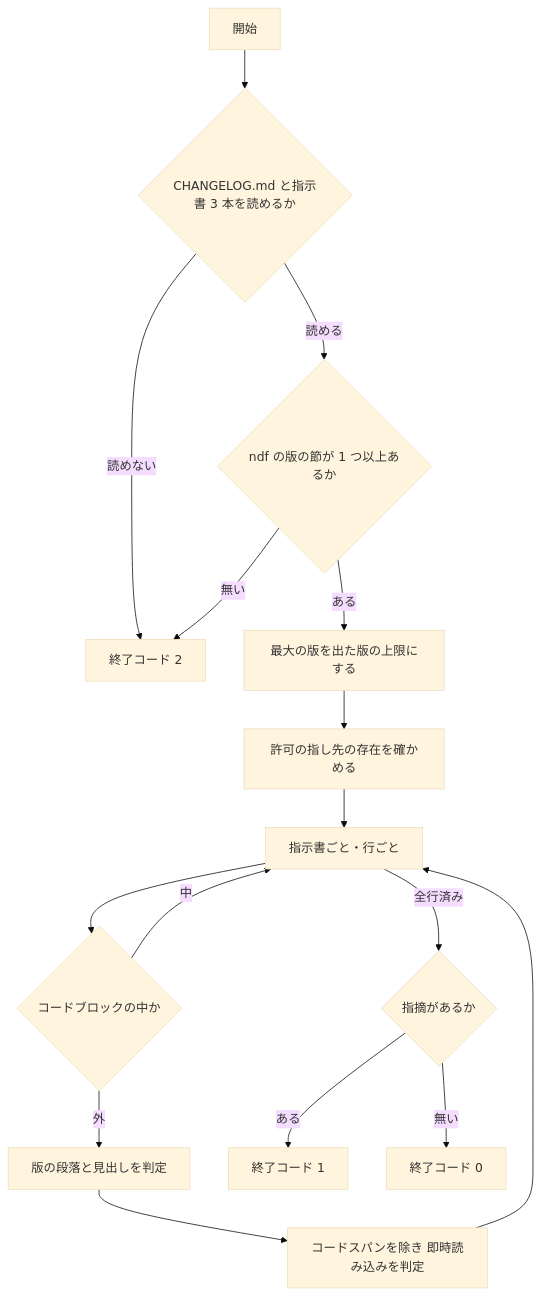
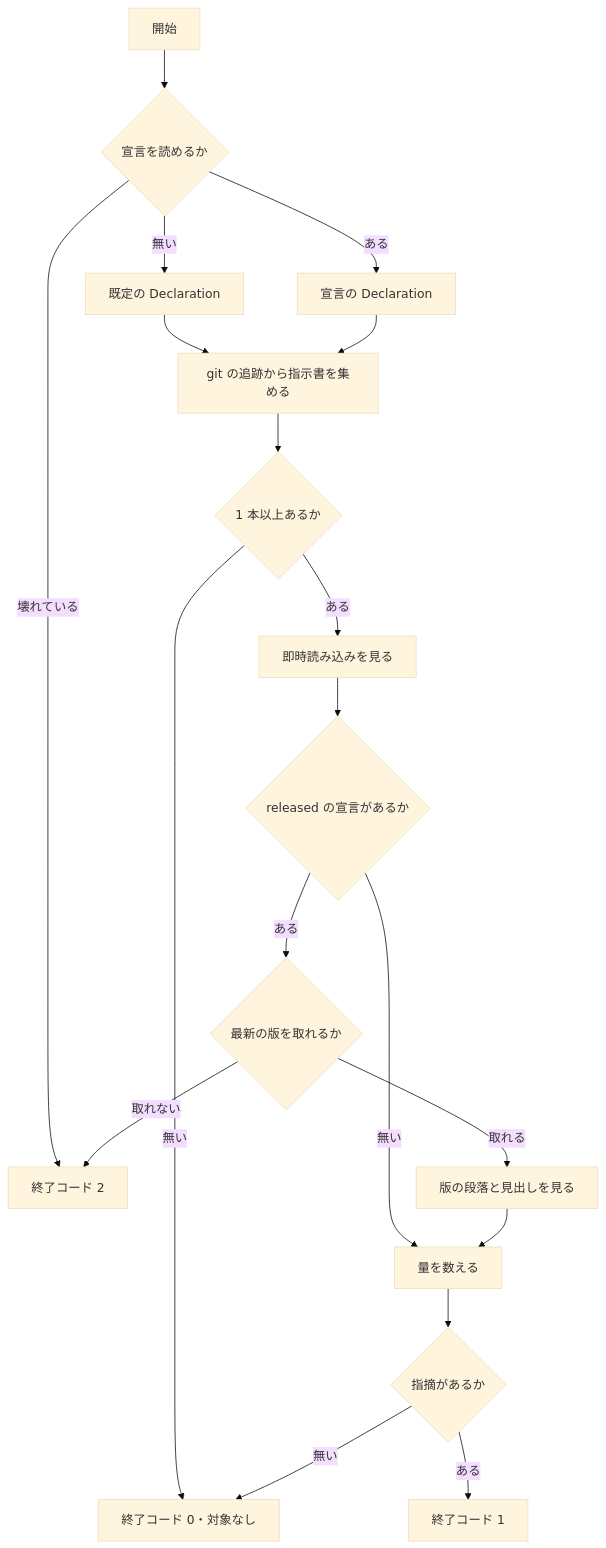
One commit to devbasex/ai-plugins changed the fifth of 5 diagrams in issues/issue-554-design.md. Above: the diagram before and after it, drawn with Mermaid (base theme). The commit also changed other lines of this file and 1 other file, not shown here.

First line of the commit message:
Docs: 指示書の検査を配布物（plugins/ndf）の機能として設計し直す（#554 差し戻し）

````diff
--- a/issues/issue-554-design.md
+++ b/issues/issue-554-design.md
@@ -179,18 +213,20 @@
 ```mermaid
 graph TD
-    S[開始] --> RC{CHANGELOG.md と指示書 3 本を読めるか}
-    RC -->|読めない| E2[終了コード 2]
-    RC -->|読める| RM{ndf の版の節が 1 つ以上あるか}
-    RM -->|無い| E2
-    RM -->|ある| MX[最大の版を出た版の上限にする]
-    MX --> AL[許可の指し先の存在を確かめる]
-    AL --> LOOP[指示書ごと・行ごと]
-    LOOP --> FN{コードブロックの中か}
-    FN -->|中| LOOP
-    FN -->|外| VP[版の段落と見出しを判定]
-    VP --> IM[コードスパンを除き 即時読み込みを判定]
-    IM --> LOOP
-    LOOP -->|全行済み| R{指摘があるか}
+    S[開始] --> D{宣言を読めるか}
+    D -->|壊れている| E2[終了コード 2]
+    D -->|無い| DEF[既定の Declaration]
+    D -->|ある| USE[宣言の Declaration]
+    DEF --> COL[git の追跡から指示書を集める]
+    USE --> COL
+    COL --> N{1 本以上あるか}
+    N -->|無い| E0[終了コード 0・対象なし]
+    N -->|ある| IMP[即時読み込みを見る]
+    IMP --> V{released の宣言があるか}
+    V -->|無い| BUD[量を数える]
+    V -->|ある| MAX{最新の版を取れるか}
+    MAX -->|取れない| E2
+    MAX -->|取れる| VER[版の段落と見出しを見る] --> BUD
+    BUD --> R{指摘があるか}
     R -->|ある| E1[終了コード 1]
-    R -->|無い| E0[終了コード 0]
+    R -->|無い| E0
 ```
````
